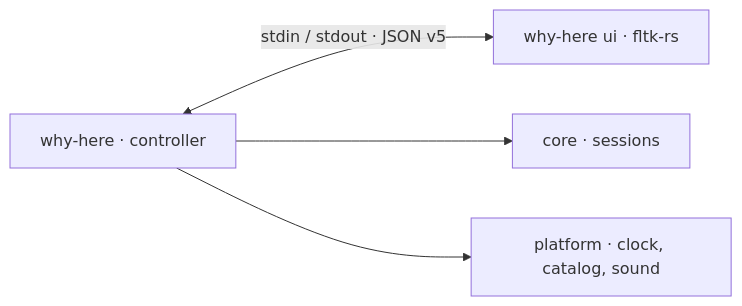
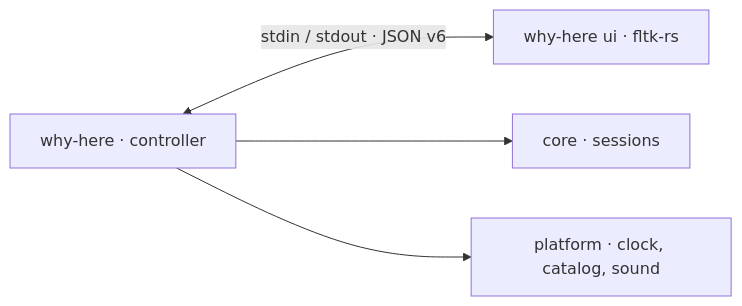
Before and after one commit to hlophlopgaming/why-i-m-here-RS: the diagram in README.md, drawn with Mermaid. The commit also changed other lines of this file and 5 other files, not shown here.

````diff
--- a/README.md
+++ b/README.md
@@ -282,6 +282,6 @@
 ```mermaid
 flowchart LR
-    D["why-here · controller"] <-->|"stdin / stdout · JSON v5"| U["why-here ui · fltk-rs"]
+    D["why-here · controller"] <-->|"stdin / stdout · JSON v6"| U["why-here ui · fltk-rs"]
     D --> C["core · sessions"]
     D --> P["platform · clock, catalog, sound"]
 ```
````
